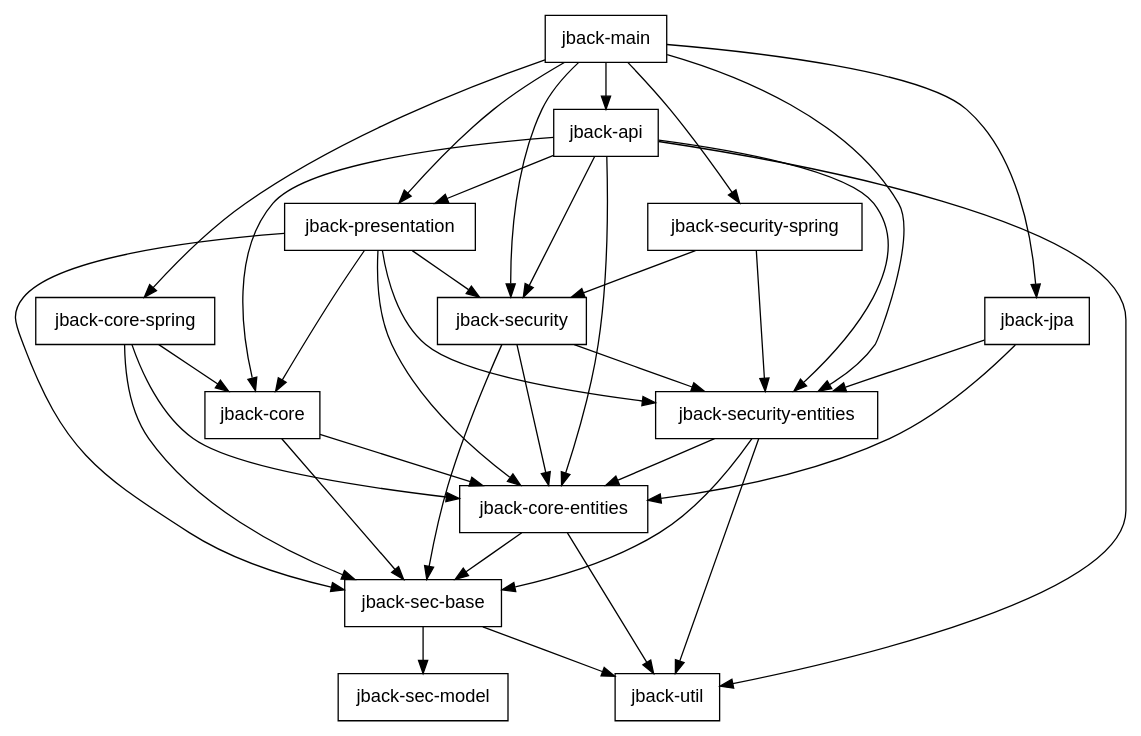
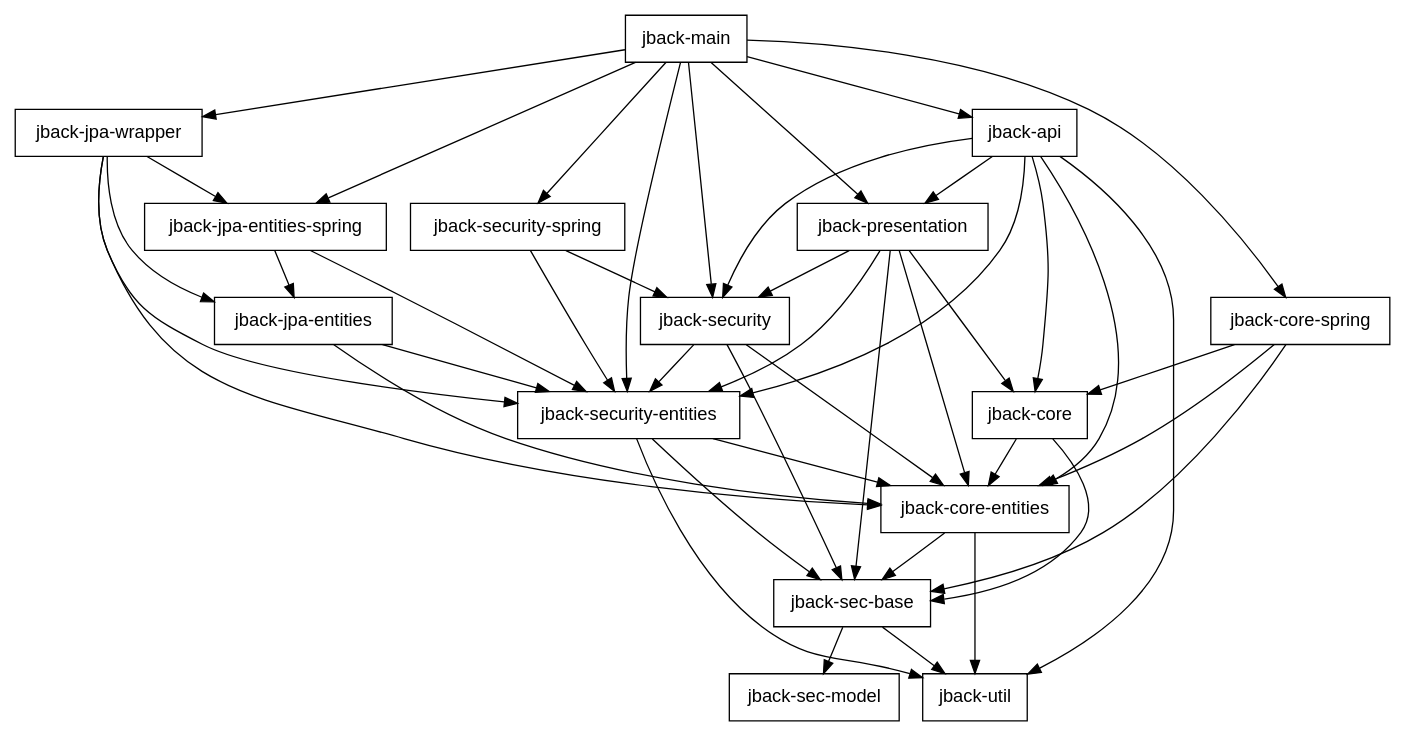
Before and after one commit to blaulaub/jback: the diagram in graphviz/module-dependencies.dot, drawn with Graphviz. The commit also changed 1 other file, not shown here.

Commit message:
update dependency graph

```diff
--- a/graphviz/module-dependencies.dot
+++ b/graphviz/module-dependencies.dot
@@ -1,42 +1,49 @@
 digraph G {
 
   node [ shape="box", fontname="helvetica" ];
 
   "jback-main" -> "jback-api";
   "jback-main" -> "jback-core-spring";
-  "jback-main" -> "jback-jpa";
+  "jback-main" -> "jback-jpa-entities-spring";
+  "jback-main" -> "jback-jpa-wrapper";
   "jback-main" -> "jback-presentation";
   "jback-main" -> "jback-security";
   "jback-main" -> "jback-security-entities";
   "jback-main" -> "jback-security-spring";
-  "jback-jpa" -> "jback-core-entities";
-  "jback-jpa" -> "jback-security-entities";
+  "jback-jpa-wrapper" -> "jback-core-entities";
+  "jback-jpa-wrapper" -> "jback-jpa-entities";
+  "jback-jpa-wrapper" -> "jback-jpa-entities-spring";
+  "jback-jpa-wrapper" -> "jback-security-entities";
+  "jback-jpa-entities-spring" -> "jback-jpa-entities";
+  "jback-jpa-entities-spring" -> "jback-security-entities";
+  "jback-jpa-entities" -> "jback-core-entities";
+  "jback-jpa-entities" -> "jback-security-entities";
   "jback-api" -> "jback-core";
   "jback-api" -> "jback-core-entities";
   "jback-api" -> "jback-presentation";
   "jback-api" -> "jback-security";
   "jback-api" -> "jback-security-entities";
   "jback-api" -> "jback-util";
   "jback-presentation" -> "jback-core";
   "jback-presentation" -> "jback-core-entities";
   "jback-presentation" -> "jback-sec-base";
   "jback-presentation" -> "jback-security";
   "jback-presentation" -> "jback-security-entities";
   "jback-security" -> "jback-core-entities";
   "jback-security" -> "jback-sec-base";
   "jback-security" -> "jback-security-entities";
   "jback-security-entities" -> "jback-core-entities";
   "jback-security-entities" -> "jback-sec-base";
   "jback-security-entities" -> "jback-util";
   "jback-security-spring" -> "jback-security";
   "jback-security-spring" -> "jback-security-entities";
   "jback-core" -> "jback-core-entities";
   "jback-core" -> "jback-sec-base";
   "jback-core-entities" -> "jback-sec-base";
   "jback-core-entities" -> "jback-util";
   "jback-core-spring" -> "jback-core";
   "jback-core-spring" -> "jback-core-entities";
   "jback-core-spring" -> "jback-sec-base";
   "jback-sec-base" -> "jback-sec-model";
   "jback-sec-base" -> "jback-util";
 }
```
